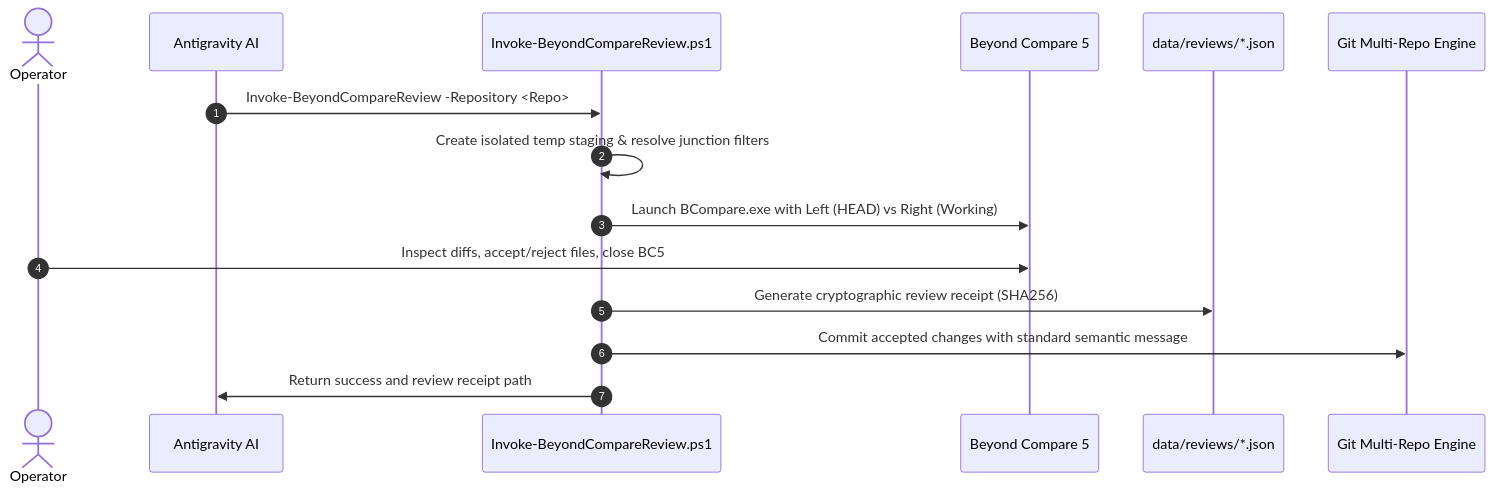
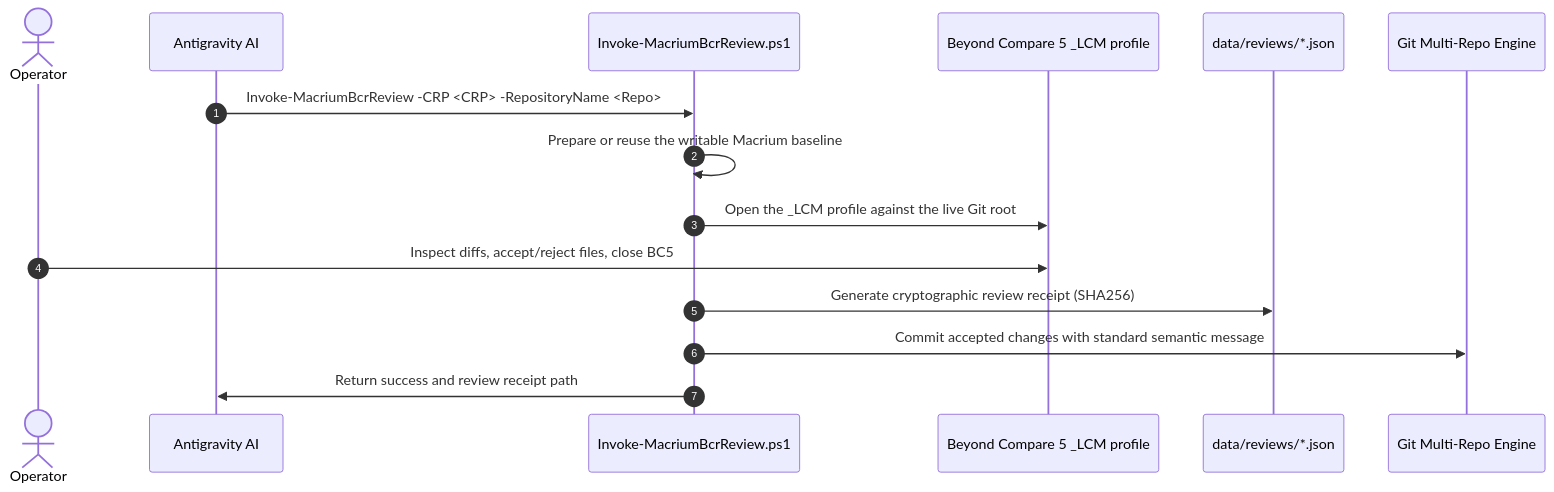
Before and after one commit to rgbigel/LCM_Inventory: the third of 4 diagrams in docs/Architecture.md, drawn with Mermaid. The commit also changed other lines of this file and 68 other files, not shown here.

````diff
--- a/docs/Architecture.md
+++ b/docs/Architecture.md
@@ -209,19 +219,19 @@
 ```mermaid
 sequenceDiagram
     autonumber
     actor Operator as Operator
     participant Agent as Antigravity AI
-    participant BCR as Invoke-BeyondCompareReview.ps1
-    participant BC5 as Beyond Compare 5
+    participant BCR as Invoke-MacriumBcrReview.ps1
+    participant BC5 as Beyond Compare 5 _LCM profile
     participant Receipt as data/reviews/*.json
     participant Git as Git Multi-Repo Engine
 
-    Agent->>BCR: Invoke-BeyondCompareReview -Repository <Repo>
-    BCR->>BCR: Create isolated temp staging & resolve junction filters
-    BCR->>BC5: Launch BCompare.exe with Left (HEAD) vs Right (Working)
+    Agent->>BCR: Invoke-MacriumBcrReview -CRP <CRP> -RepositoryName <Repo>
+    BCR->>BCR: Prepare or reuse the writable Macrium baseline
+    BCR->>BC5: Open the _LCM profile against the live Git root
     Operator->>BC5: Inspect diffs, accept/reject files, close BC5
     BCR->>Receipt: Generate cryptographic review receipt (SHA256)
     BCR->>Git: Commit accepted changes with standard semantic message
     BCR->>Agent: Return success and review receipt path
 
 ```
````
